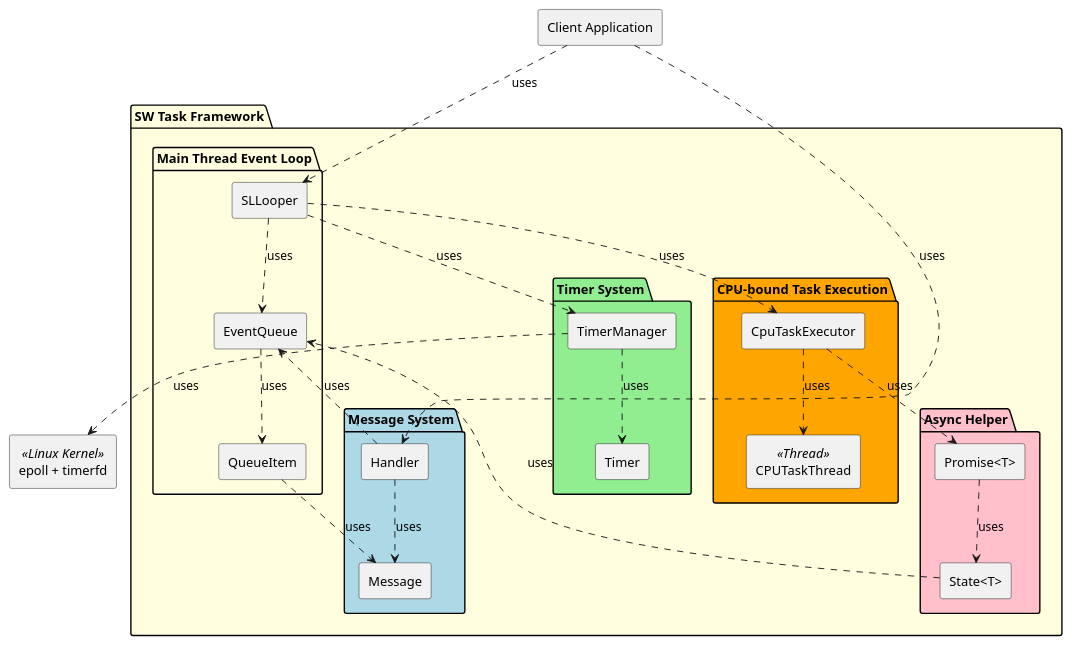
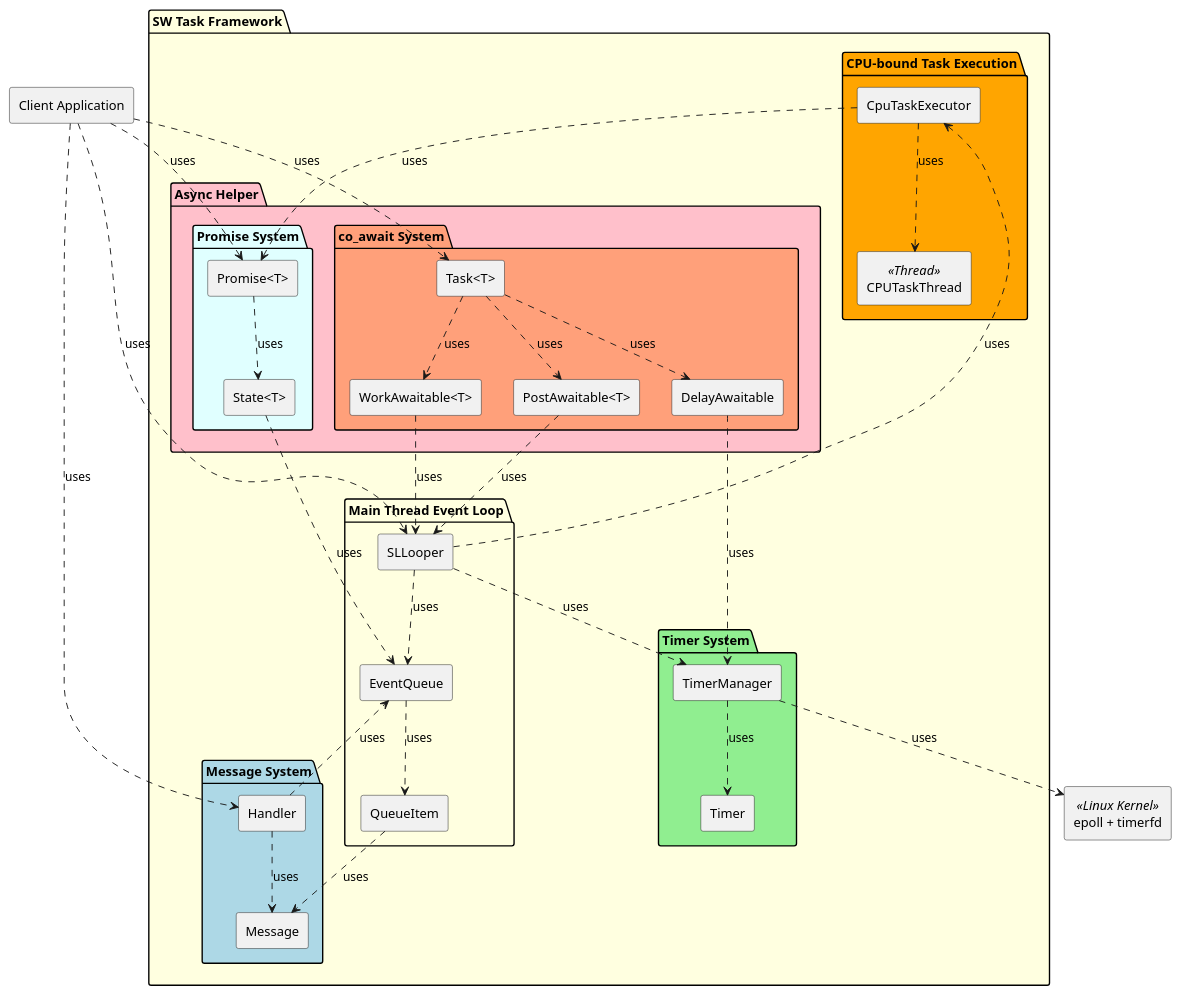
Before and after one commit to taikt/sw_task: the third of 3 diagrams in doc/design/sw_task/overall.puml, drawn with PlantUML. The commit also changed other lines of this file and 3 other files, not shown here.

```diff
--- a/doc/design/sw_task/overall.puml
+++ b/doc/design/sw_task/overall.puml
@@ -149,68 +148,80 @@
 @startuml
 
 rectangle "Client Application" as Client 
 rectangle "epoll + timerfd" as EpollFd <<Linux Kernel>>
 
 package "SW Task Framework" #LightYellow {
     
     package "Main Thread Event Loop" {
         rectangle "SLLooper" as Looper
         rectangle "EventQueue" as Queue
         rectangle "QueueItem" as QueueItem
     }
     
     package "Message System" #LightBlue {
         rectangle "Handler" as Handler
         rectangle "Message" as Message
     }
     
     package "Timer System" #LightGreen {
         rectangle "TimerManager" as TimerMgr
         rectangle "Timer" as Timer
     }
     
     package "CPU-bound Task Execution" #Orange {
         rectangle "CpuTaskExecutor" as CpuExec
         rectangle "CPUTaskThread" as AsyncWorker <<Thread>>
     }
     
     package "Async Helper" #Pink {
-        rectangle "Promise<T>" as PromiseMgr
-        rectangle "State<T>" as StateMgr
+        
+        package "Promise System" #LightCyan {
+            rectangle "Promise<T>" as PromiseMgr
+            rectangle "State<T>" as StateMgr
+        }
+        
+        package "co_await System" #LightSalmon {
+            rectangle "Task<T>" as TaskMgr
+            rectangle "WorkAwaitable<T>" as WorkAwaitable
+            rectangle "PostAwaitable<T>" as PostAwaitable
+            rectangle "DelayAwaitable" as DelayAwaitable
+        }
     }
 }
 
 ' Pure "uses" dependencies only
 Client ..> Looper : uses
 Client ..> Handler : uses
+Client ..> PromiseMgr : uses
+Client ..> TaskMgr : uses
 
 Looper ..> Queue : uses
 Looper ..> TimerMgr : uses
 Looper ..> CpuExec : uses
 
 Queue ..> QueueItem : uses
 
 QueueItem ..> Message : uses
 
 Handler ..> Message : uses
 Handler ..> Queue : uses
 
 TimerMgr ..> Timer : uses
 TimerMgr ..> EpollFd : uses
 
 CpuExec ..> PromiseMgr : uses
 CpuExec ..> AsyncWorker : uses
 
+' Promise System dependencies
 PromiseMgr ..> StateMgr : uses
 StateMgr ..> Queue : uses
 
-' ' Legend
-' legend right
-'     | ..> | Uses dependency |
-'     | <<Thread>> | Background thread |
-'     | <<Linux Kernel>> | OS integration |
-' endlegend
-
-
+' co_await System dependencies
+TaskMgr ..> WorkAwaitable : uses
+TaskMgr ..> PostAwaitable : uses
+TaskMgr ..> DelayAwaitable : uses
+WorkAwaitable ..> Looper : uses
+PostAwaitable ..> Looper : uses
+DelayAwaitable ..> TimerMgr : uses
 
 @enduml
```
